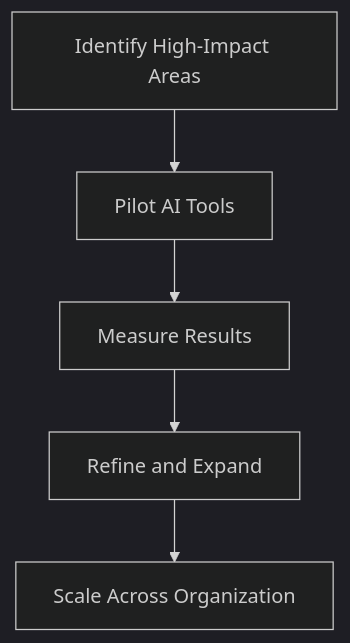
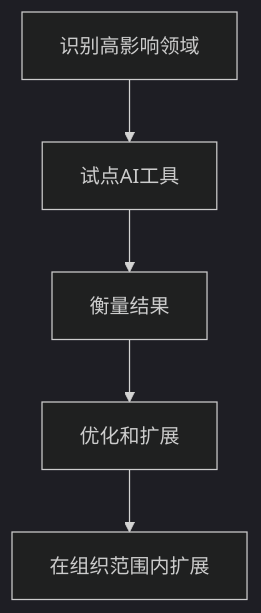
Before and after one commit to a-sdm/asdm-official-website: the diagram in public/blogs/zh-cn/content/20250110/ai-first-workflows.md, drawn with Mermaid (dark theme). The commit also changed other lines of this file and 8 other files, not shown here.

````diff
--- a/public/blogs/zh-cn/content/20250110/ai-first-workflows.md
+++ b/public/blogs/zh-cn/content/20250110/ai-first-workflows.md
@@ -138,7 +138,7 @@
 ```mermaid
 graph TD
-    A[Identify High-Impact Areas] --> B[Pilot AI Tools]
-    B --> C[Measure Results]
-    C --> D[Refine and Expand]
-    D --> E[Scale Across Organization]
+    A[识别高影响领域] --> B[试点AI工具]
+    B --> C[衡量结果]
+    C --> D[优化和扩展]
+    D --> E[在组织范围内扩展]
 ```
````
